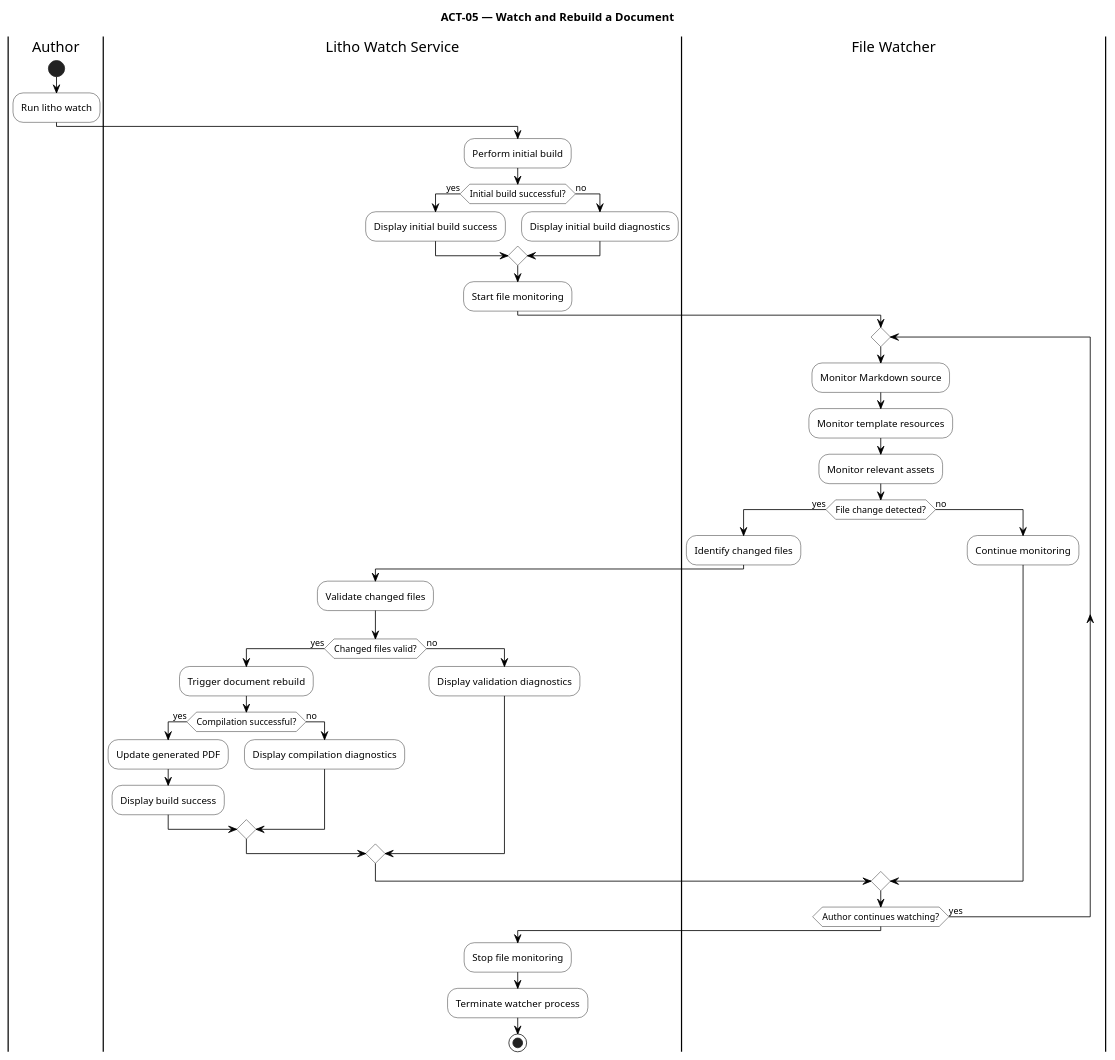
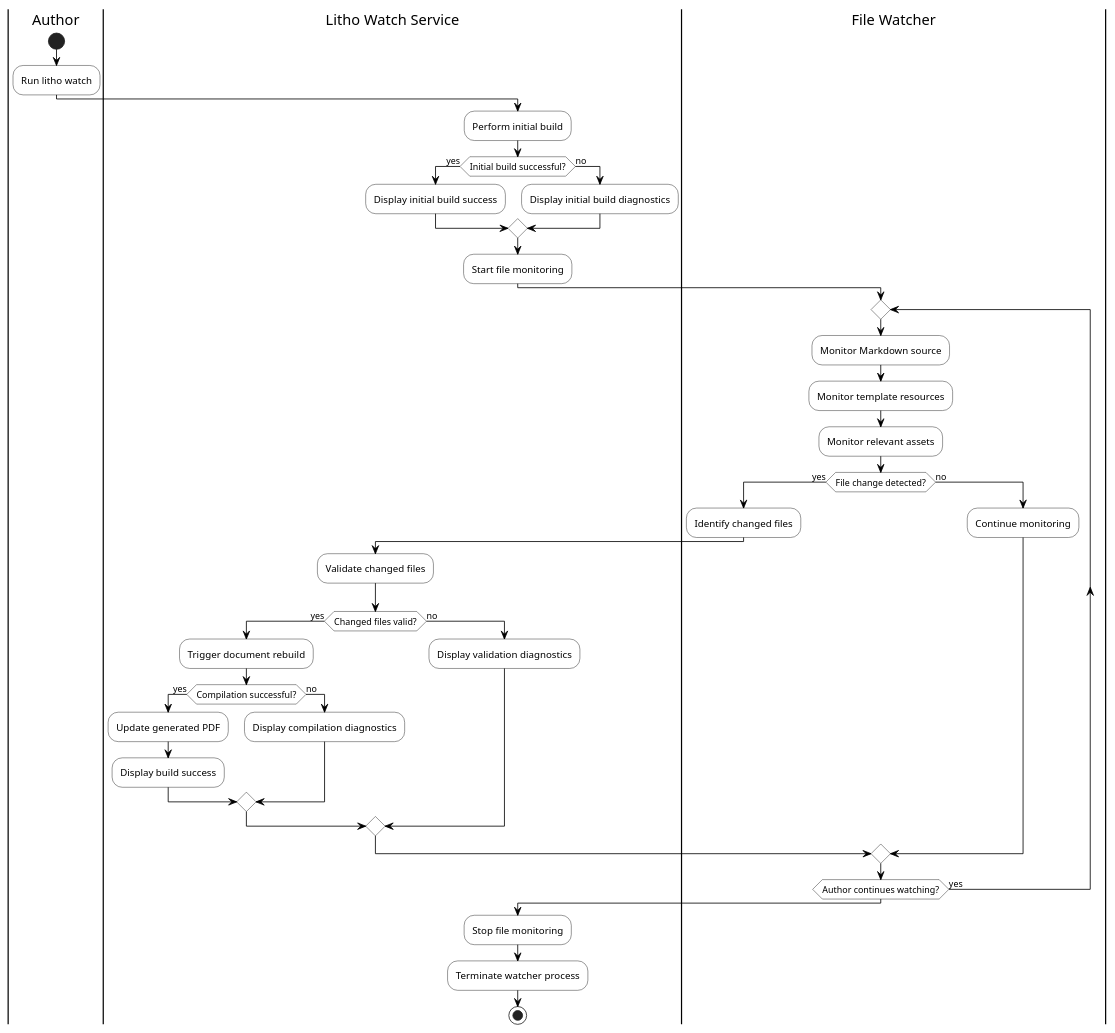
One commit to Litho-MD/uet-fyp-docs changed the diagram in diagrams/puml/activity/05-watch-rebuild.puml. Above: the diagram before and after it, drawn with PlantUML. The commit also changed 109 other files, not shown here.

First line of the commit message:
Add TikZ support for UML diagrams and refine document structure

```diff
--- a/diagrams/puml/activity/05-watch-rebuild.puml
+++ b/diagrams/puml/activity/05-watch-rebuild.puml
@@ -1,62 +1,60 @@
 @startuml
-title ACT-05 — Watch and Rebuild a Document
-
 skinparam monochrome true
 skinparam backgroundColor white
 skinparam shadowing false
 skinparam activity {
     BackgroundColor white
     BorderColor black
     FontColor black
     DiamondBackgroundColor white
     DiamondBorderColor black
 }
 skinparam ArrowColor black
 skinparam defaultFontColor black
 
 |Author|
 start
 :Run litho watch;
 
 |Litho Watch Service|
 :Perform initial build;
 if (Initial build successful?) then (yes)
     :Display initial build success;
 else (no)
     :Display initial build diagnostics;
 endif
 :Start file monitoring;
 
 |File Watcher|
 repeat
     :Monitor Markdown source;
     :Monitor template resources;
     :Monitor relevant assets;
     if (File change detected?) then (yes)
         :Identify changed files;
 
         |Litho Watch Service|
         :Validate changed files;
         if (Changed files valid?) then (yes)
             :Trigger document rebuild;
             if (Compilation successful?) then (yes)
                 :Update generated PDF;
                 :Display build success;
             else (no)
                 :Display compilation diagnostics;
             endif
         else (no)
             :Display validation diagnostics;
         endif
 
         |File Watcher|
     else (no)
         :Continue monitoring;
     endif
 repeat while (Author continues watching?) is (yes)
 
 |Litho Watch Service|
 :Stop file monitoring;
 :Terminate watcher process;
 stop
 @enduml
```
